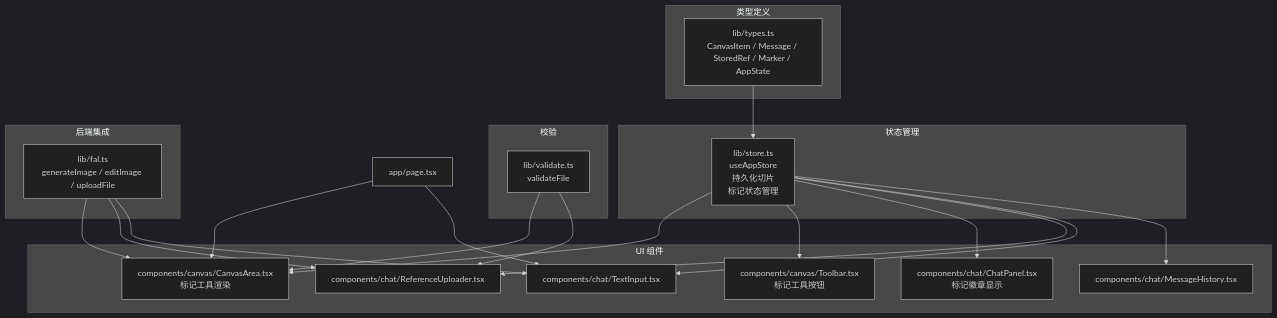
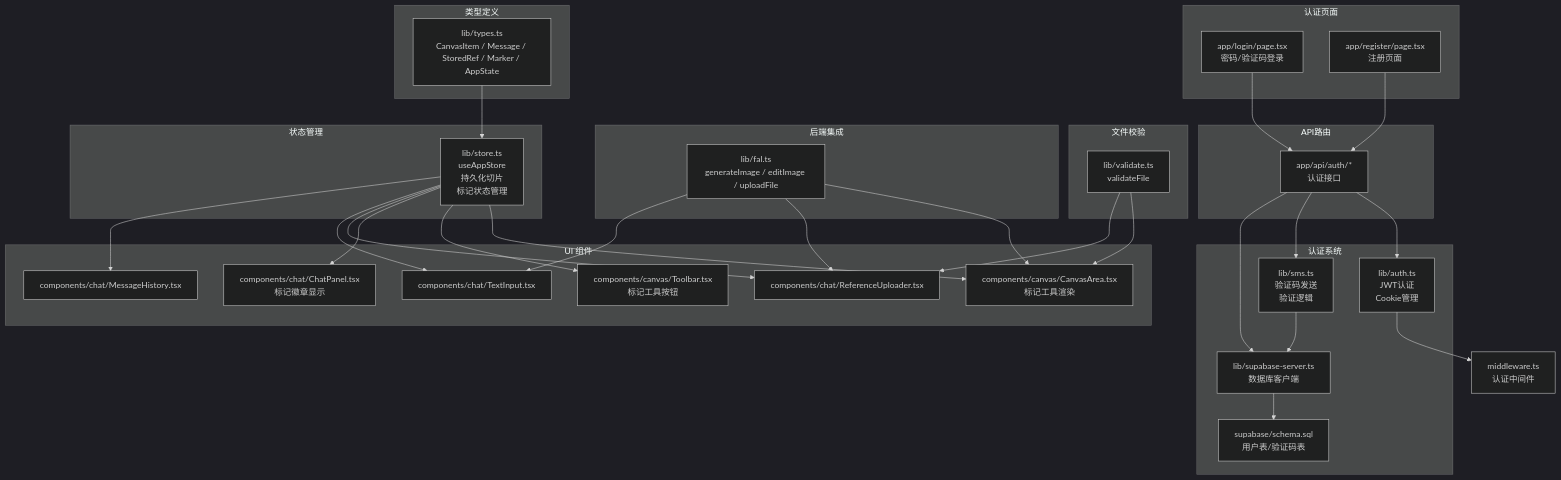
The first of 10 diagrams in .qoder/repowiki/zh/content/数据模型.md (billye220670/BananaFlow2), drawn with Mermaid (dark theme) before and after one commit. The commit also changed other lines of this file and 6 other files, not shown here.

````diff
--- a/.qoder/repowiki/zh/content/数据模型.md
+++ b/.qoder/repowiki/zh/content/数据模型.md
@@ -59,38 +78,57 @@
 ```mermaid
 graph TB
+subgraph "认证系统"
+A1["lib/auth.ts<br/>JWT认证<br/>Cookie管理"]
+A2["lib/sms.ts<br/>验证码发送<br/>验证逻辑"]
+A3["lib/supabase-server.ts<br/>数据库客户端"]
+A4["supabase/schema.sql<br/>用户表/验证码表"]
+end
 subgraph "类型定义"
 T1["lib/types.ts<br/>CanvasItem / Message / StoredRef / Marker / AppState"]
 end
 subgraph "状态管理"
 S1["lib/store.ts<br/>useAppStore<br/>持久化切片<br/>标记状态管理"]
 end
-subgraph "校验"
+subgraph "文件校验"
 V1["lib/validate.ts<br/>validateFile"]
 end
 subgraph "后端集成"
 F1["lib/fal.ts<br/>generateImage / editImage / uploadFile"]
 end
 subgraph "UI 组件"
 C1["components/canvas/CanvasArea.tsx<br/>标记工具渲染"]
 C2["components/canvas/Toolbar.tsx<br/>标记工具按钮"]
 C3["components/chat/ChatPanel.tsx<br/>标记徽章显示"]
 C4["components/chat/ReferenceUploader.tsx"]
 C5["components/chat/TextInput.tsx"]
 C6["components/chat/MessageHistory.tsx"]
 end
-P1["app/page.tsx"]
+subgraph "认证页面"
+P1["app/login/page.tsx<br/>密码/验证码登录"]
+P2["app/register/page.tsx<br/>注册页面"]
+end
+subgraph "API路由"
+R1["app/api/auth/*<br/>认证接口"]
+end
+M1["middleware.ts<br/>认证中间件"]
 T1 --> S1
 S1 --> C1
 S1 --> C2
 S1 --> C3
 S1 --> C4
 S1 --> C5
 S1 --> C6
 V1 --> C1
 V1 --> C4
 F1 --> C1
 F1 --> C4
 F1 --> C5
-P1 --> C1
-P1 --> C5
+P1 --> R1
+P2 --> R1
+R1 --> A1
+R1 --> A2
+R1 --> A3
+A1 --> M1
+A2 --> A3
+A3 --> A4
 ```
````
